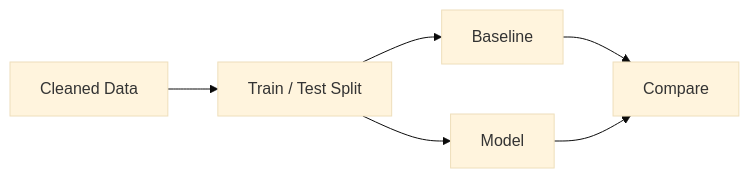
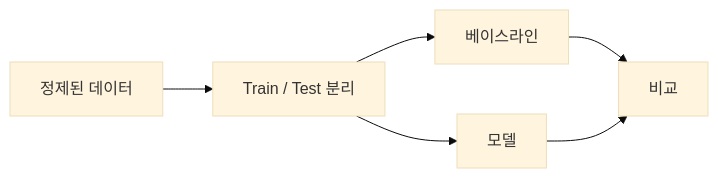
Before and after one commit to yeongseon-books/book-content: the diagram in content/data-science-101/ko/07-modeling.md, drawn with Mermaid (base theme). The commit also changed other lines of this file and 9 other files, not shown here.

````diff
--- a/content/data-science-101/ko/07-modeling.md
+++ b/content/data-science-101/ko/07-modeling.md
@@ -35,8 +47,8 @@
 ```mermaid
 flowchart LR
-    Data["Cleaned Data"] --> Split["Train / Test Split"]
-    Split --> Base["Baseline"]
-    Split --> Model["Model"]
-    Base --> Compare["Compare"]
+    Data["정제된 데이터"] --> Split["Train / Test 분리"]
+    Split --> Base["베이스라인"]
+    Split --> Model["모델"]
+    Base --> Compare["비교"]
     Model --> Compare
 ```
````
